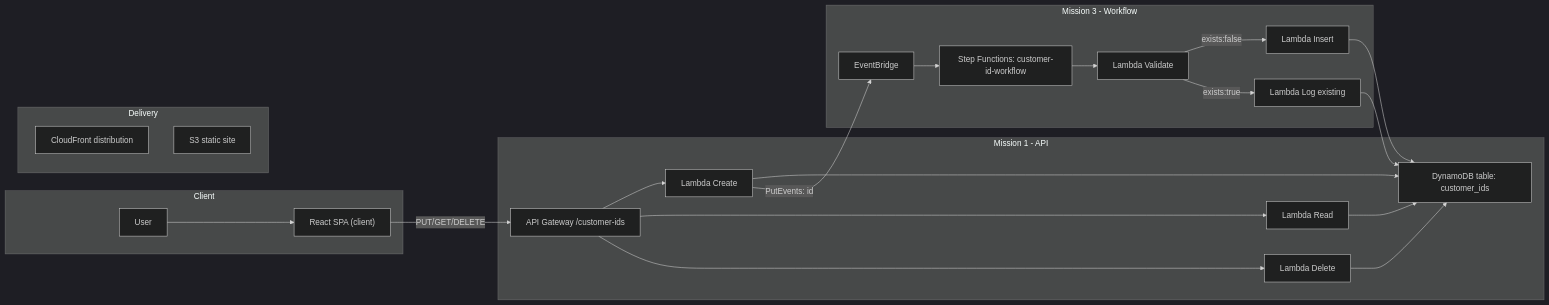
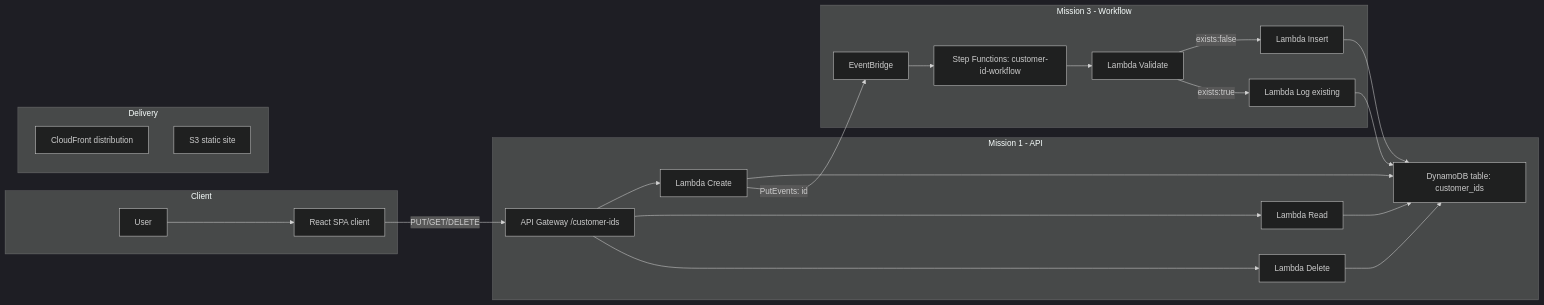
The diagram in README.md (Leon-Rud/gratitude-notes-aws), drawn with Mermaid (dark theme) before and after one commit. The commit also changed other lines of this file, not shown here.

Commit message:
refactored architecture diagram in README for improved clarity and consistency, transitioning to a left-to-right flowchart layout

````diff
--- a/README.md
+++ b/README.md
@@ -288,47 +14,47 @@
 ```mermaid
 flowchart LR
   %% --- Client ---
   subgraph Client
     User
-    App["React SPA (client)"]
+    App["React SPA client"]
   end
 
   %% --- Delivery (Mission 2) ---
   subgraph Delivery
     CF["CloudFront distribution"]
     S3["S3 static site"]
   end
 
   %% --- Backend (Mission 1) ---
   subgraph Backend["Mission 1 - API"]
     APIGW["API Gateway /customer-ids"]
     PutFn["Lambda Create"]
     GetFn["Lambda Read"]
     DelFn["Lambda Delete"]
     Dynamo["DynamoDB table: customer_ids"]
   end
 
   %% --- Workflow (Mission 3) ---
   subgraph Workflow["Mission 3 - Workflow"]
     EB["EventBridge"]
     SFN["Step Functions: customer-id-workflow"]
     Val["Lambda Validate"]
     Ins["Lambda Insert"]
     Log["Lambda Log existing"]
   end
 
   %% Connections
   User --> App
   App -->|PUT/GET/DELETE| APIGW
   APIGW --> PutFn
   APIGW --> GetFn
   APIGW --> DelFn
   PutFn --> Dynamo
   GetFn --> Dynamo
   DelFn --> Dynamo
   PutFn -->|"PutEvents: id"| EB
   EB --> SFN
   SFN --> Val
   Val -- exists:false --> Ins --> Dynamo
   Val -- exists:true --> Log --> Dynamo
 ```
````
